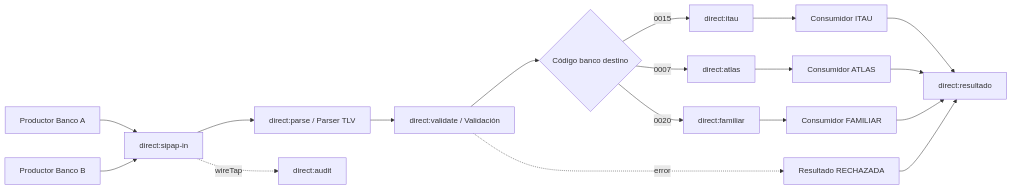
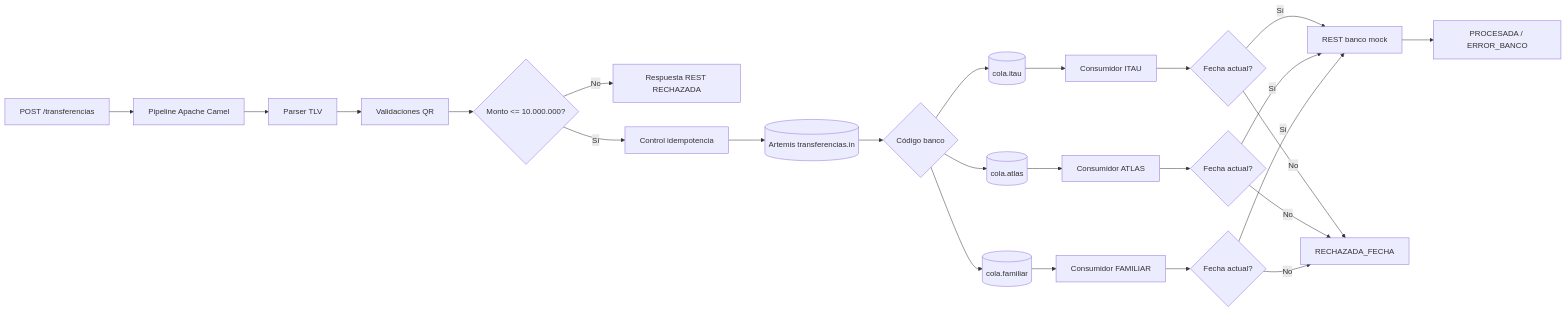
Before and after one commit to Alezv21/sipap-camel-integration: the diagram in README.md, drawn with Mermaid. The commit also changed other lines of this file and 27 other files, not shown here.

````diff
--- a/README.md
+++ b/README.md
@@ -22,20 +27,27 @@
 ```mermaid
 flowchart LR
-    A[Productor Banco A] --> M[direct:sipap-in]
-    B[Productor Banco B] --> M
-    M --> P[direct:parse / Parser TLV]
-    P --> V[direct:validate / Validación]
-    V --> R{Código banco destino}
-    R -->|0015| I[direct:itau]
-    R -->|0007| AT[direct:atlas]
-    R -->|0020| F[direct:familiar]
-    I --> RI[Consumidor ITAU]
-    AT --> RA[Consumidor ATLAS]
-    F --> RF[Consumidor FAMILIAR]
-    RI --> O[direct:resultado]
-    RA --> O
-    RF --> O
-    V -. error .-> E[Resultado RECHAZADA]
-    E --> O
-    M -. wireTap .-> AU[direct:audit]
+    REST[POST /transferencias] --> API[Pipeline Apache Camel]
+    API --> PARSE[Parser TLV]
+    PARSE --> VALID[Validaciones QR]
+    VALID --> AMOUNT{Monto <= 10.000.000?}
+    AMOUNT -->|No| REJ[Respuesta REST RECHAZADA]
+    AMOUNT -->|Sí| IDEM[Control idempotencia]
+    IDEM --> QIN[(Artemis transferencias.in)]
+    QIN --> ROUTER{Código banco}
+    ROUTER --> ITQ[(cola.itau)]
+    ROUTER --> ATQ[(cola.atlas)]
+    ROUTER --> FAQ[(cola.familiar)]
+    ITQ --> IT[Consumidor ITAU]
+    ATQ --> AT[Consumidor ATLAS]
+    FAQ --> FA[Consumidor FAMILIAR]
+    IT --> DATE1{Fecha actual?}
+    AT --> DATE2{Fecha actual?}
+    FA --> DATE3{Fecha actual?}
+    DATE1 -->|Sí| MOCK[REST banco mock]
+    DATE2 -->|Sí| MOCK
+    DATE3 -->|Sí| MOCK
+    DATE1 -->|No| RDATE[RECHAZADA_FECHA]
+    DATE2 -->|No| RDATE
+    DATE3 -->|No| RDATE
+    MOCK --> RESULT[PROCESADA / ERROR_BANCO]
 ```
````
